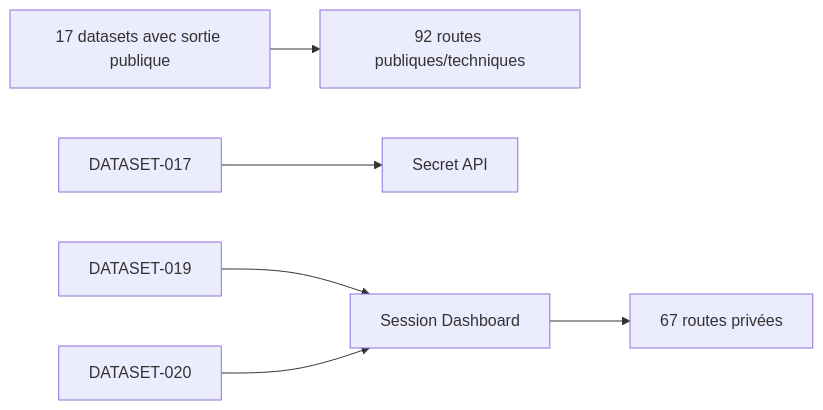
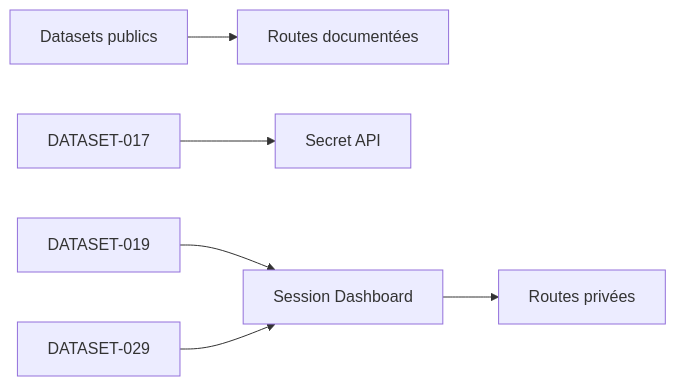
Before and after one commit to Matthieu-Vachet/dashboard_Admin: the diagram in docs/Tome 1 — Foundation (Fondations)/DOC-033-public-private-datasets.md, drawn with Mermaid. The commit also changed other lines of this file and 77 other files, not shown here.

````diff
--- a/docs/Tome 1 — Foundation (Fondations)/DOC-033-public-private-datasets.md
+++ b/docs/Tome 1 — Foundation (Fondations)/DOC-033-public-private-datasets.md
@@ -72,8 +72,8 @@
 ```mermaid
 flowchart LR
-  PUB["17 datasets avec sortie publique"] --> API["92 routes publiques/techniques"]
+  PUB["Datasets publics"] --> API["Routes documentées"]
   SHINY["DATASET-017"] --> SECRET["Secret API"]
   WATCH["DATASET-019"] --> SESSION["Session Dashboard"]
-  TRAINER["DATASET-020"] --> SESSION
-  SESSION --> PRIVATE["67 routes privées"]
+  AUDIT["DATASET-029"] --> SESSION
+  SESSION --> PRIVATE["Routes privées"]
 ```
````
